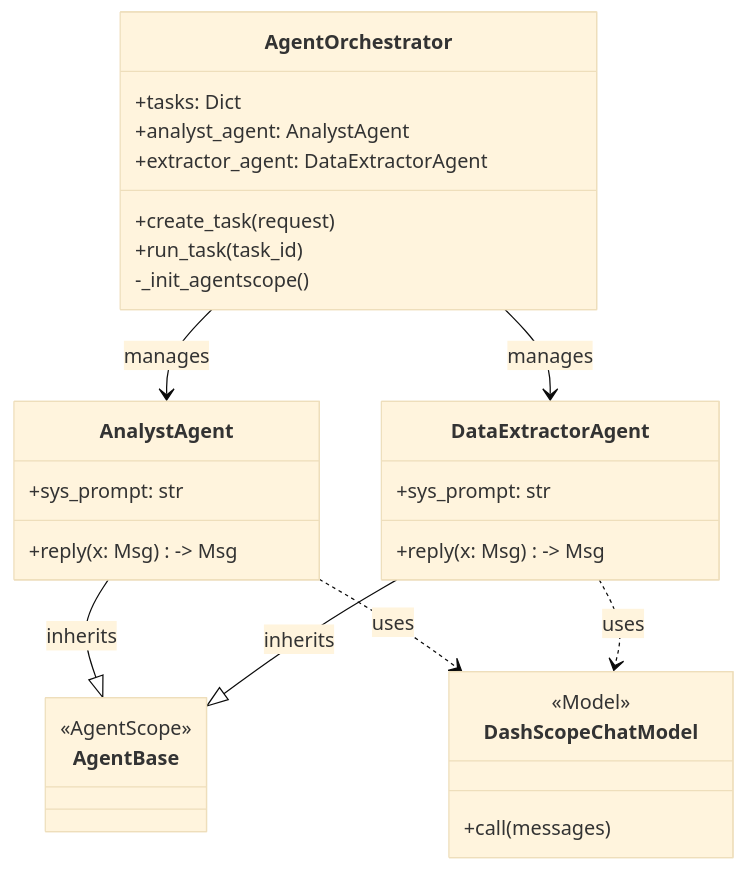
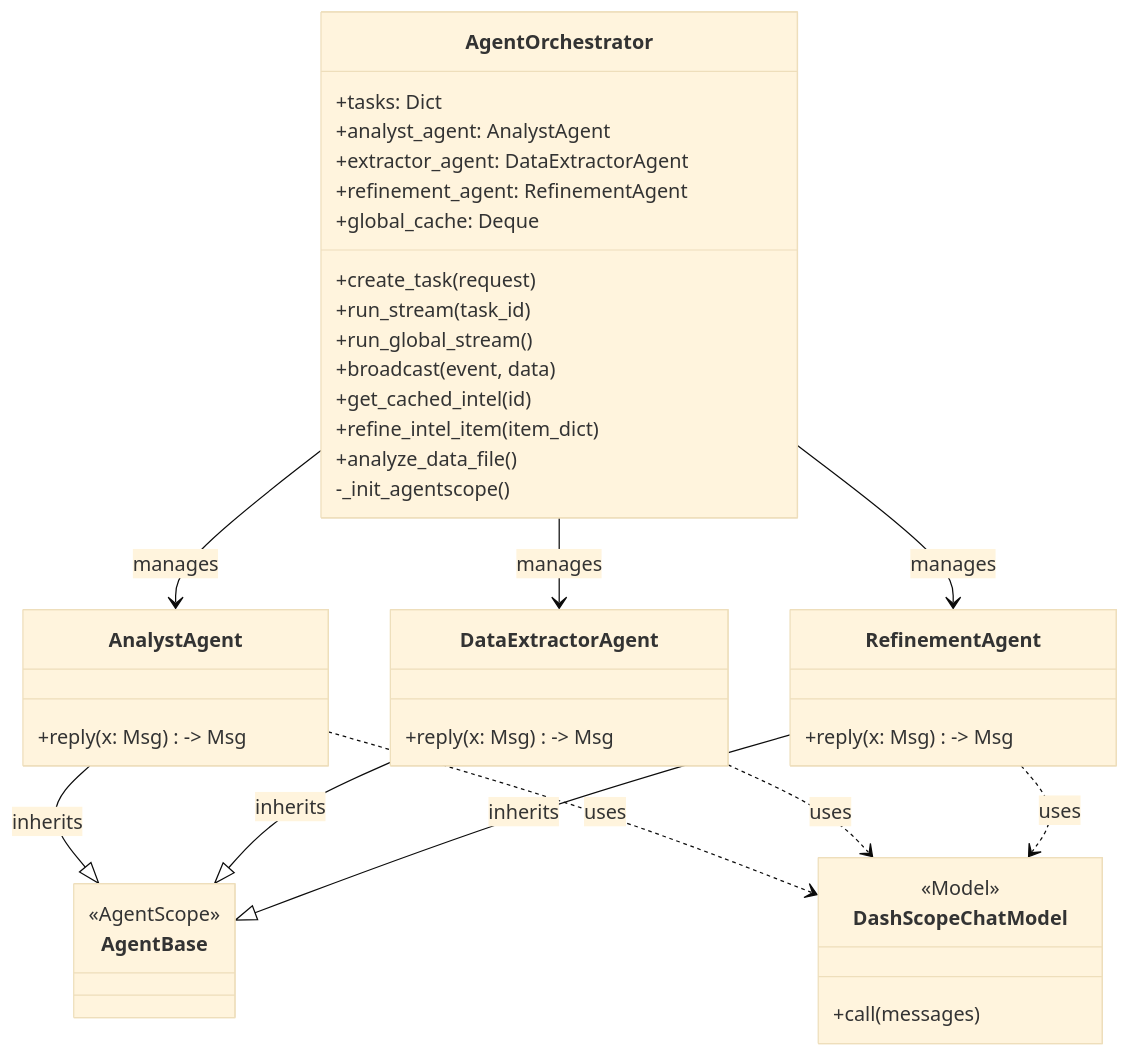
One commit to Adaozuishuai/things-system changed the first of 4 diagrams in ARCHITECTURE.md. Above: the diagram before and after it, drawn with Mermaid (base theme). The commit also changed other lines of this file and 30 other files, not shown here.

````diff
--- a/ARCHITECTURE.md
+++ b/ARCHITECTURE.md
@@ -9,37 +25,49 @@
 ```mermaid
 classDiagram
     class AgentOrchestrator {
         +tasks: Dict
         +analyst_agent: AnalystAgent
         +extractor_agent: DataExtractorAgent
+        +refinement_agent: RefinementAgent
+        +global_cache: Deque
         +create_task(request)
-        +run_task(task_id)
+        +run_stream(task_id)
+        +run_global_stream()
+        +broadcast(event, data)
+        +get_cached_intel(id)
+        +refine_intel_item(item_dict)
+        +analyze_data_file()
         -_init_agentscope()
     }
 
     class AgentBase {
         <<AgentScope>>
     }
 
     class AnalystAgent {
-        +sys_prompt: str
         +reply(x: Msg) -> Msg
     }
 
     class DataExtractorAgent {
-        +sys_prompt: str
+        +reply(x: Msg) -> Msg
+    }
+
+    class RefinementAgent {
         +reply(x: Msg) -> Msg
     }
 
     class DashScopeChatModel {
         <<Model>>
         +call(messages)
     }
 
     AgentOrchestrator --> AnalystAgent : manages
     AgentOrchestrator --> DataExtractorAgent : manages
+    AgentOrchestrator --> RefinementAgent : manages
     AnalystAgent --|> AgentBase : inherits
     DataExtractorAgent --|> AgentBase : inherits
+    RefinementAgent --|> AgentBase : inherits
     AnalystAgent ..> DashScopeChatModel : uses
     DataExtractorAgent ..> DashScopeChatModel : uses
+    RefinementAgent ..> DashScopeChatModel : uses
 ```
````
